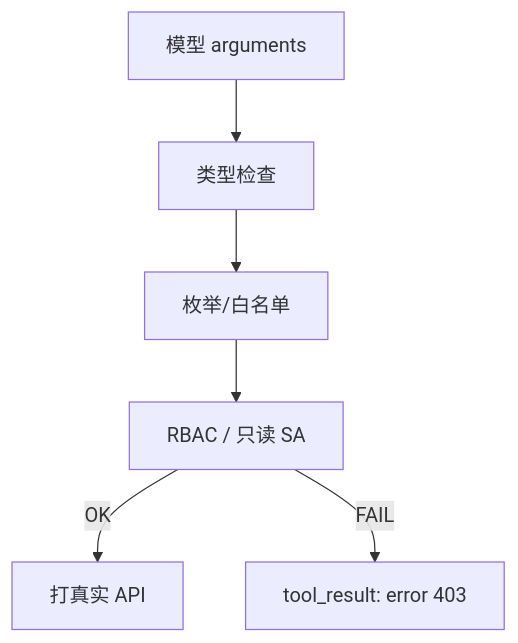
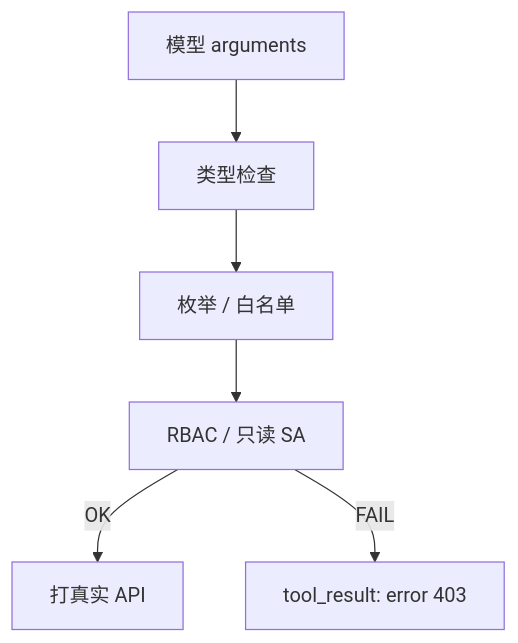
Before and after one commit to ml-cuizijun/LearnToLilith: the second of 4 diagrams in 08-AI与智能运维/04-Function-Calling与Tool-Use/知识点.md, drawn with Mermaid. The commit also changed other lines of this file and 178 other files, not shown here.

````diff
--- a/08-AI与智能运维/04-Function-Calling与Tool-Use/知识点.md
+++ b/08-AI与智能运维/04-Function-Calling与Tool-Use/知识点.md
@@ -114,8 +136,8 @@
 ```mermaid
 flowchart TB
     ARG["模型 arguments"] --> T["类型检查"]
-    T --> E["枚举/白名单"]
+    T --> E["枚举 / 白名单"]
     E --> R["RBAC / 只读 SA"]
     R -->|OK| API["打真实 API"]
     R -->|FAIL| FB["tool_result: error 403"]
 ```
````
